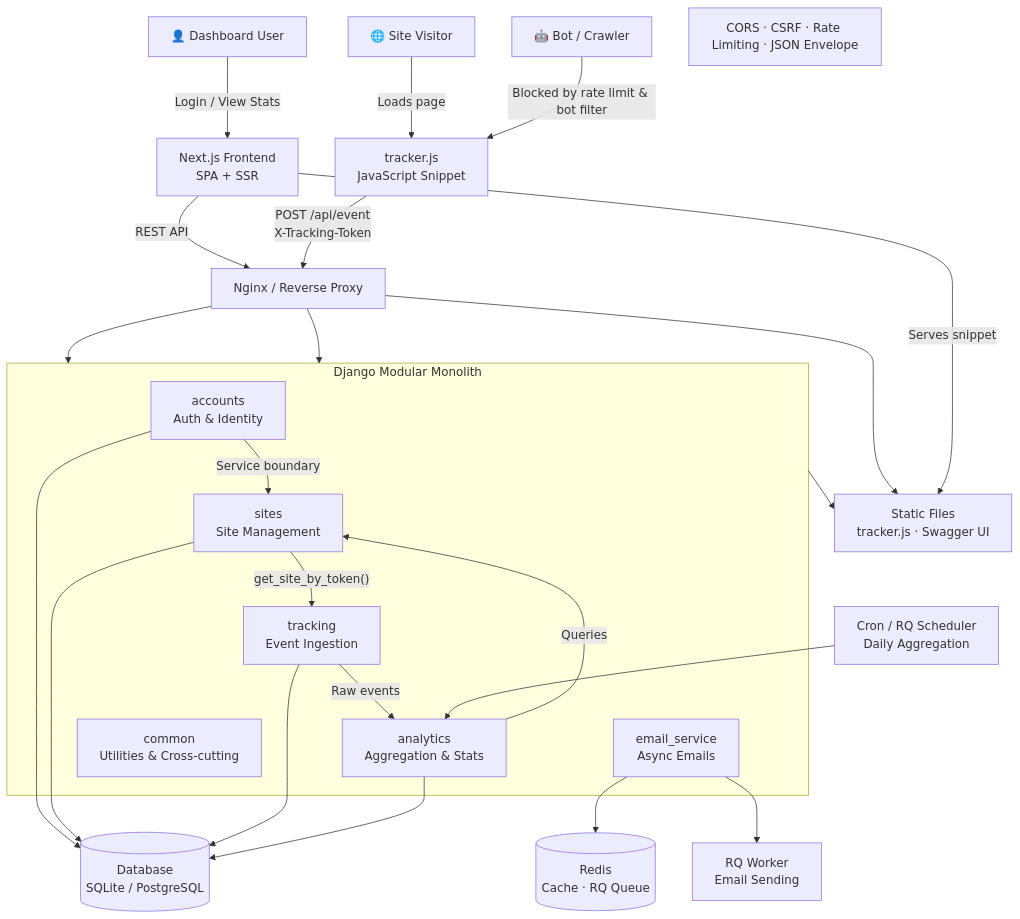
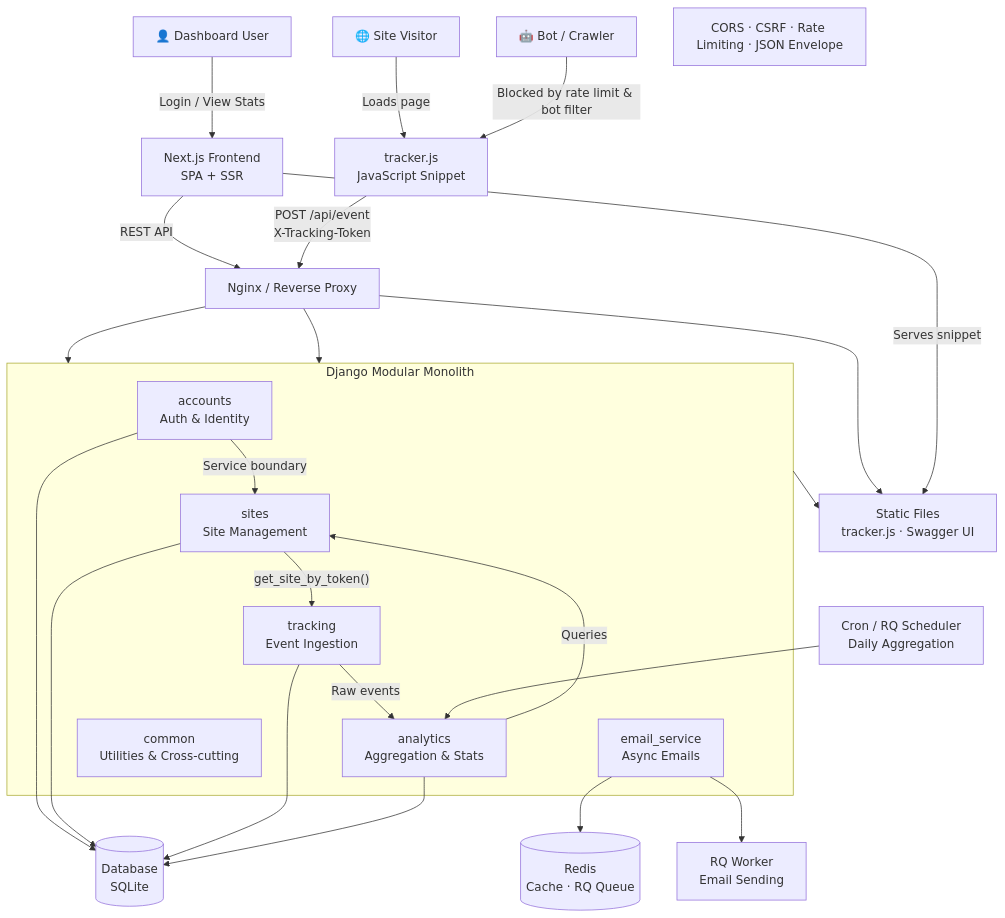
One commit to fore-site/metrika changed the diagram in README.md. Above: the diagram before and after it, drawn with Mermaid. The commit also changed other lines of this file and 2 other files, not shown here.

Commit message:
remove duplicate architecture headings

````diff
--- a/README.md
+++ b/README.md
@@ -26,54 +22,54 @@
 ```mermaid
 graph TD
     USER[👤 Dashboard User]
     VISITOR[🌐 Site Visitor]
     BOT[🤖 Bot / Crawler]
 
     NEXT[Next.js Frontend<br/>SPA + SSR]
     TRACKER[tracker.js<br/>JavaScript Snippet]
 
     NGINX[Nginx / Reverse Proxy]
     MIDDLEWARE[CORS · CSRF · Rate Limiting · JSON Envelope]
 
     subgraph DJANGO[Django Modular Monolith]
         ACCOUNTS[accounts<br/>Auth & Identity]
         SITES[sites<br/>Site Management]
         TRACKING_MOD[tracking<br/>Event Ingestion]
         ANALYTICS[analytics<br/>Aggregation & Stats]
         EMAIL_SVC[email_service<br/>Async Emails]
         COMMON[common<br/>Utilities & Cross-cutting]
     end
 
-    DB[(Database<br/>SQLite / PostgreSQL)]
+    DB[(Database<br/>SQLite)]
     REDIS[(Redis<br/>Cache · RQ Queue)]
     STATIC[Static Files<br/>tracker.js · Swagger UI]
 
     WORKER[RQ Worker<br/>Email Sending]
     AGGREGATION_CRON["Cron / RQ Scheduler<br/>Daily Aggregation"]
 
     USER -->|Login / View Stats| NEXT
     NEXT -->|REST API| NGINX
     NGINX --> DJANGO
 
     VISITOR -->|Loads page| TRACKER
     TRACKER -->|"POST /api/event<br/>X-Tracking-Token"| NGINX
     BOT -->|Blocked by rate limit & bot filter| TRACKER
     NGINX --> DJANGO
 
     ACCOUNTS -->|Service boundary| SITES
     SITES -->|"get_site_by_token()"| TRACKING_MOD
     TRACKING_MOD -->|Raw events| ANALYTICS
     ANALYTICS -->|Queries| SITES
 
     ACCOUNTS --> DB
     SITES --> DB
     TRACKING_MOD --> DB
     ANALYTICS --> DB
     EMAIL_SVC --> REDIS
     EMAIL_SVC --> WORKER
     AGGREGATION_CRON --> ANALYTICS
 
     DJANGO --> STATIC
     NGINX --> STATIC
     NEXT -->|Serves snippet| STATIC
 ```
````
